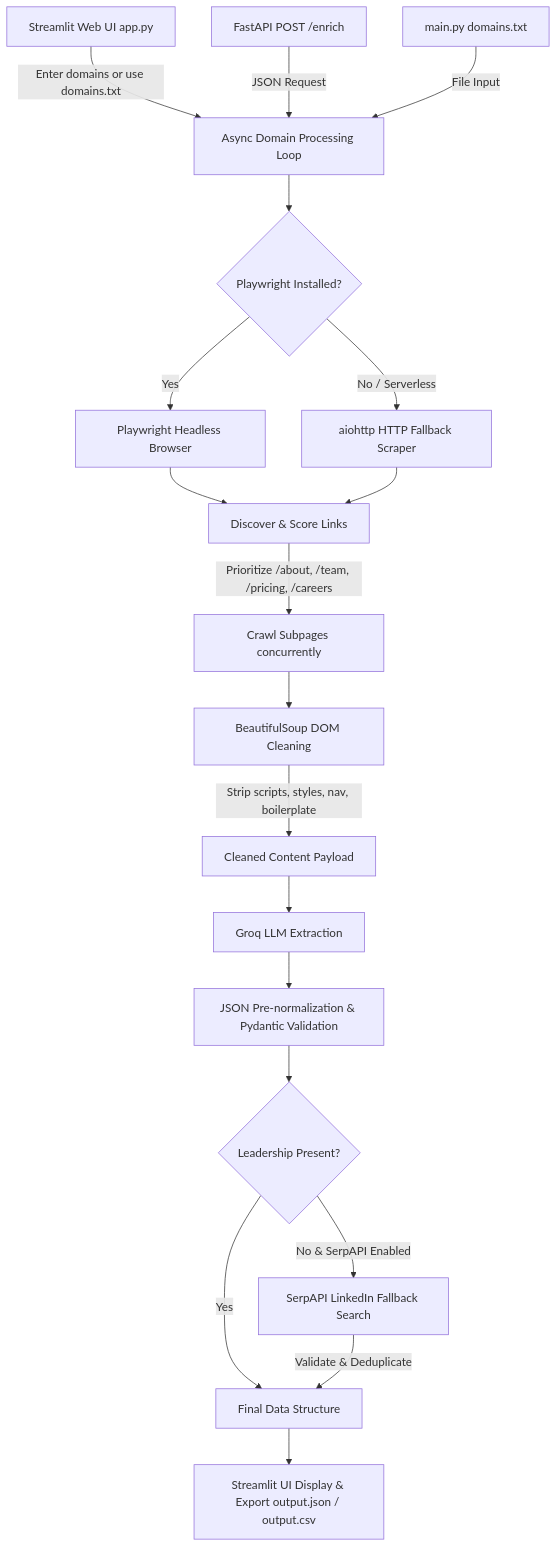
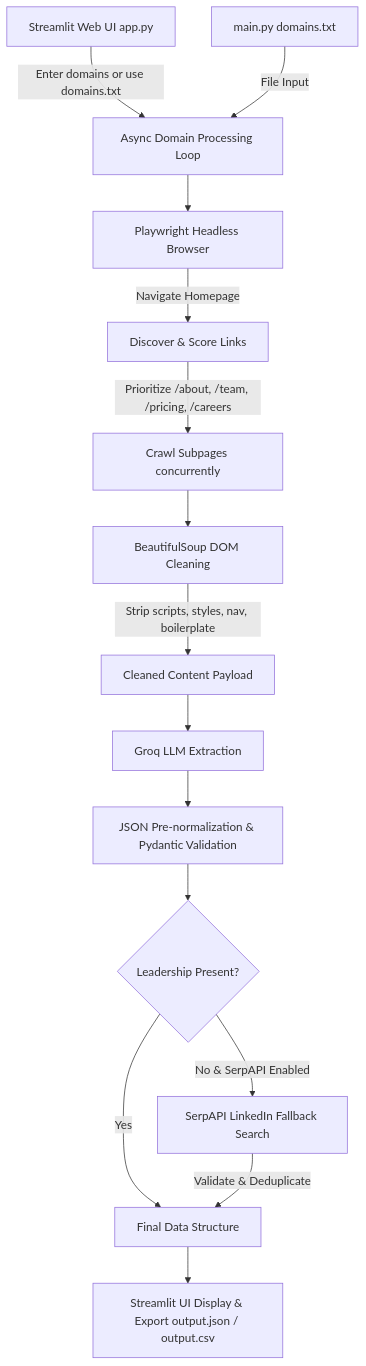
Before and after one commit to Dinesh-Sharma2004/Lead_Enrichment_Agent: the diagram in docs/ARCHITECTURE.md, drawn with Mermaid. The commit also changed other lines of this file and 15 other files, not shown here.

Commit message:
refactor: remove Vercel and FastAPI overhead; streamline CLI, Streamlit UI, and Playwright scraper

````diff
--- a/docs/ARCHITECTURE.md
+++ b/docs/ARCHITECTURE.md
@@ -7,24 +7,18 @@
 ```mermaid
 flowchart TD
     UI[Streamlit Web UI app.py] -->|Enter domains or use domains.txt| B[Async Domain Processing Loop]
-    API[FastAPI POST /enrich] -->|JSON Request| B
     CLI[main.py domains.txt] -->|File Input| B
     
-    B --> C{Playwright Installed?}
-    C -- Yes --> D1[Playwright Headless Browser]
-    C -- No / Serverless --> D2[aiohttp HTTP Fallback Scraper]
-    
-    D1 --> E[Discover & Score Links]
-    D2 --> E
-    
-    E -->|Prioritize /about, /team, /pricing, /careers| F[Crawl Subpages concurrently]
-    F --> G[BeautifulSoup DOM Cleaning]
-    G -->|Strip scripts, styles, nav, boilerplate| H[Cleaned Content Payload]
-    H --> I[Groq LLM Extraction]
-    I --> J[JSON Pre-normalization & Pydantic Validation]
-    J --> K{Leadership Present?}
-    K -- Yes --> M[Final Data Structure]
-    K -- No & SerpAPI Enabled --> L[SerpAPI LinkedIn Fallback Search]
-    L -->|Validate & Deduplicate| M
-    M --> N[Streamlit UI Display & Export output.json / output.csv]
+    B --> C[Playwright Headless Browser]
+    C -->|Navigate Homepage| D[Discover & Score Links]
+    D -->|Prioritize /about, /team, /pricing, /careers| E[Crawl Subpages concurrently]
+    E --> F[BeautifulSoup DOM Cleaning]
+    F -->|Strip scripts, styles, nav, boilerplate| G[Cleaned Content Payload]
+    G --> H[Groq LLM Extraction]
+    H --> I[JSON Pre-normalization & Pydantic Validation]
+    I --> J{Leadership Present?}
+    J -- Yes --> L[Final Data Structure]
+    J -- No & SerpAPI Enabled --> K[SerpAPI LinkedIn Fallback Search]
+    K -->|Validate & Deduplicate| L
+    L --> M[Streamlit UI Display & Export output.json / output.csv]
 ```
````
